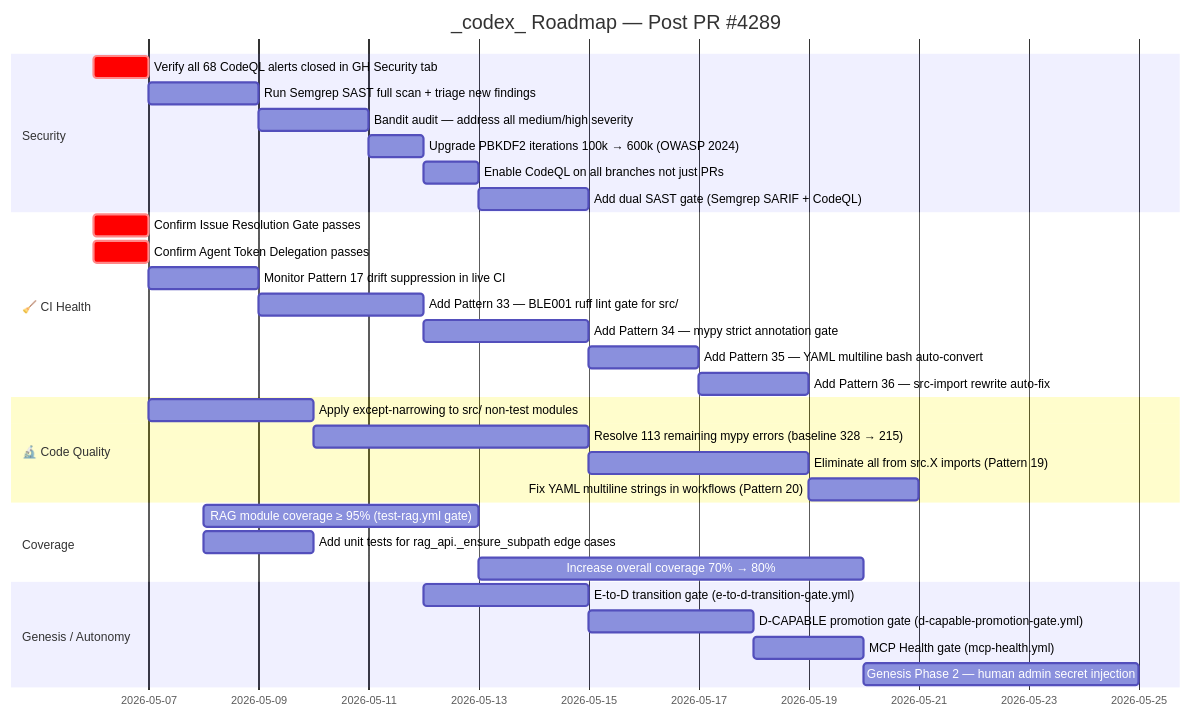
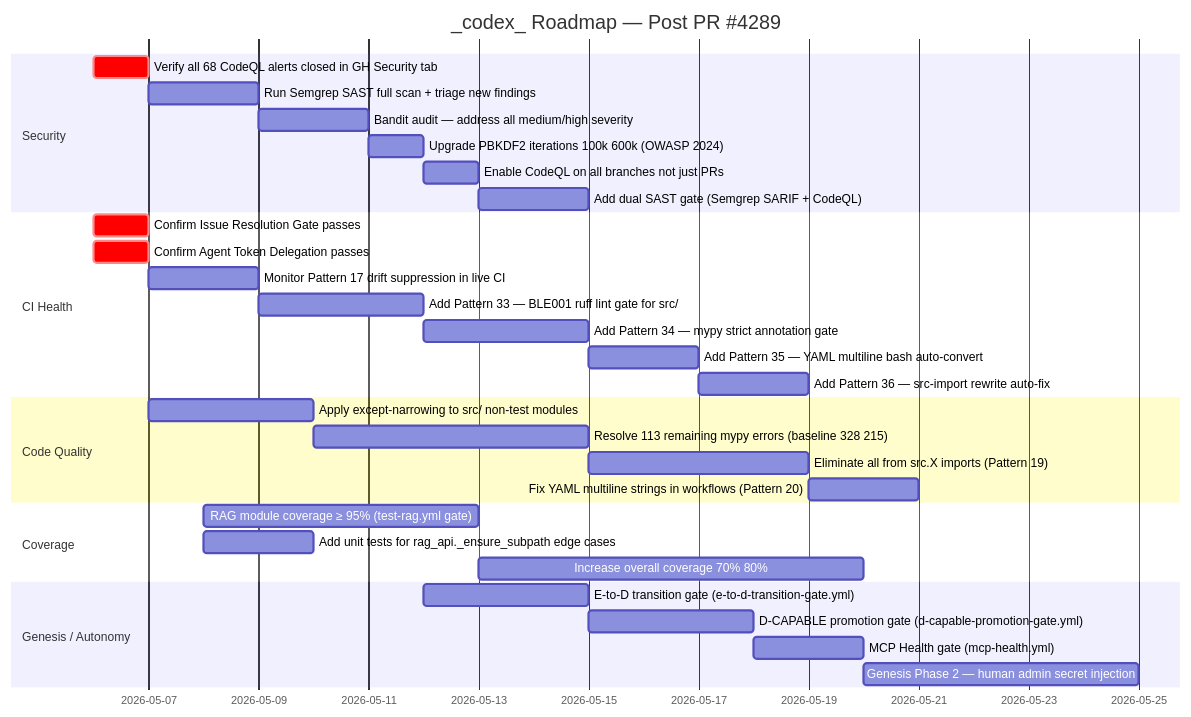
One commit to Aries-Serpent/_codex_ changed the first of 11 diagrams in docs/roadmap/PR4289_whats_next.md. Above: the diagram before and after it, drawn with Mermaid. The commit also changed other lines of this file and 4117 other files, not shown here.

````diff
--- a/docs/roadmap/PR4289_whats_next.md
+++ b/docs/roadmap/PR4289_whats_next.md
@@ -14,35 +14,36 @@
 ```mermaid
 %%{init: {'accessibility': {'title': 'Diagram'}}%%
+
 gantt
-    title _codex_ Roadmap — Post PR #4289
-    dateFormat  YYYY-MM-DD
-    section  Security
-        Verify all 68 CodeQL alerts closed in GH Security tab     :crit, sec0, 2026-05-06, 1d
-        Run Semgrep SAST full scan + triage new findings           :sec1, after sec0, 2d
-        Bandit audit — address all medium/high severity            :sec2, after sec1, 2d
-        Upgrade PBKDF2 iterations 100k → 600k (OWASP 2024)        :sec3, after sec2, 1d
-        Enable CodeQL on all branches not just PRs                 :sec4, after sec3, 1d
-        Add dual SAST gate (Semgrep SARIF + CodeQL)                :sec5, after sec4, 2d
-    section 🧹 CI Health
-        Confirm Issue Resolution Gate passes                       :crit, ci0, 2026-05-06, 1d
-        Confirm Agent Token Delegation passes                      :crit, ci1, 2026-05-06, 1d
-        Monitor Pattern 17 drift suppression in live CI            :ci2, after ci0, 2d
-        Add Pattern 33 — BLE001 ruff lint gate for src/            :ci3, after ci2, 3d
-        Add Pattern 34 — mypy strict annotation gate               :ci4, after ci3, 3d
-        Add Pattern 35 — YAML multiline bash auto-convert          :ci5, after ci4, 2d
-        Add Pattern 36 — src-import rewrite auto-fix               :ci6, after ci5, 2d
-    section 🔬 Code Quality
-        Apply except-narrowing to src/ non-test modules            :q1, 2026-05-07, 3d
-        Resolve 113 remaining mypy errors (baseline 328 → 215)     :q2, after q1, 5d
-        Eliminate all from src.X imports (Pattern 19)              :q3, after q2, 4d
-        Fix YAML multiline strings in workflows (Pattern 20)       :q4, after q3, 2d
-    section  Coverage
-        RAG module coverage ≥ 95% (test-rag.yml gate)              :cov1, 2026-05-08, 5d
-        Add unit tests for rag_api._ensure_subpath edge cases      :cov2, 2026-05-08, 2d
-        Increase overall coverage 70% → 80%                        :cov3, after cov1, 7d
-    section  Genesis / Autonomy
-        E-to-D transition gate (e-to-d-transition-gate.yml)        :gen1, 2026-05-12, 3d
-        D-CAPABLE promotion gate (d-capable-promotion-gate.yml)    :gen2, after gen1, 3d
-        MCP Health gate (mcp-health.yml)                           :gen3, after gen2, 2d
-        Genesis Phase 2 — human admin secret injection             :gen4, after gen3, 5d
+ title _codex_ Roadmap — Post PR #4289
+ dateFormat YYYY-MM-DD
+ section Security
+ Verify all 68 CodeQL alerts closed in GH Security tab :crit, sec0, 2026-05-06, 1d
+ Run Semgrep SAST full scan + triage new findings :sec1, after sec0, 2d
+ Bandit audit — address all medium/high severity :sec2, after sec1, 2d
+ Upgrade PBKDF2 iterations 100k 600k (OWASP 2024) :sec3, after sec2, 1d
+ Enable CodeQL on all branches not just PRs :sec4, after sec3, 1d
+ Add dual SAST gate (Semgrep SARIF + CodeQL) :sec5, after sec4, 2d
+ section CI Health
+ Confirm Issue Resolution Gate passes :crit, ci0, 2026-05-06, 1d
+ Confirm Agent Token Delegation passes :crit, ci1, 2026-05-06, 1d
+ Monitor Pattern 17 drift suppression in live CI :ci2, after ci0, 2d
+ Add Pattern 33 — BLE001 ruff lint gate for src/ :ci3, after ci2, 3d
+ Add Pattern 34 — mypy strict annotation gate :ci4, after ci3, 3d
+ Add Pattern 35 — YAML multiline bash auto-convert :ci5, after ci4, 2d
+ Add Pattern 36 — src-import rewrite auto-fix :ci6, after ci5, 2d
+ section Code Quality
+ Apply except-narrowing to src/ non-test modules :q1, 2026-05-07, 3d
+ Resolve 113 remaining mypy errors (baseline 328 215) :q2, after q1, 5d
+ Eliminate all from src.X imports (Pattern 19) :q3, after q2, 4d
+ Fix YAML multiline strings in workflows (Pattern 20) :q4, after q3, 2d
+ section Coverage
+ RAG module coverage ≥ 95% (test-rag.yml gate) :cov1, 2026-05-08, 5d
+ Add unit tests for rag_api._ensure_subpath edge cases :cov2, 2026-05-08, 2d
+ Increase overall coverage 70% 80% :cov3, after cov1, 7d
+ section Genesis / Autonomy
+ E-to-D transition gate (e-to-d-transition-gate.yml) :gen1, 2026-05-12, 3d
+ D-CAPABLE promotion gate (d-capable-promotion-gate.yml) :gen2, after gen1, 3d
+ MCP Health gate (mcp-health.yml) :gen3, after gen2, 2d
+ Genesis Phase 2 — human admin secret injection :gen4, after gen3, 5d
 ```
````
